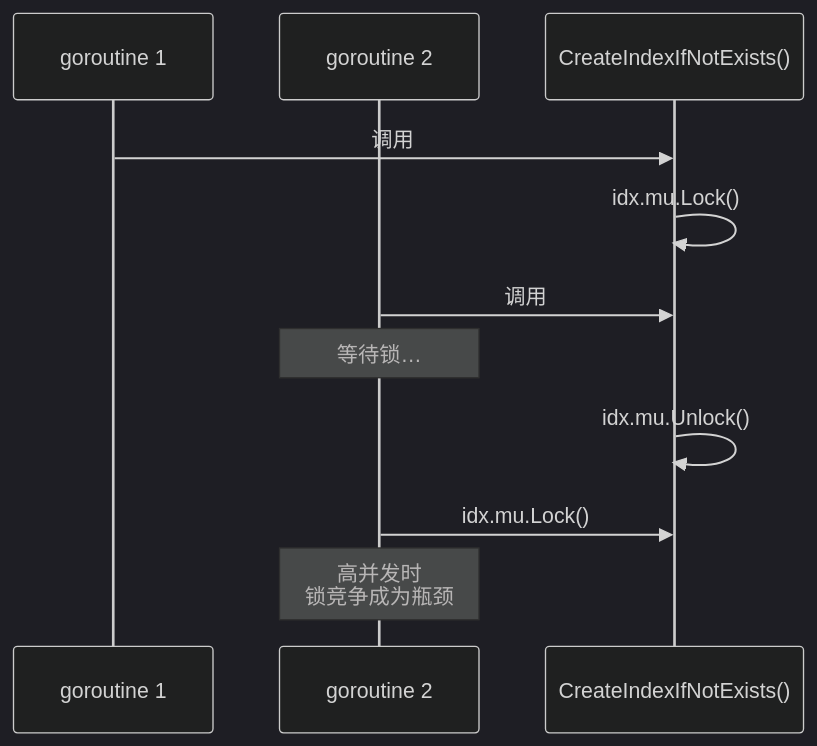
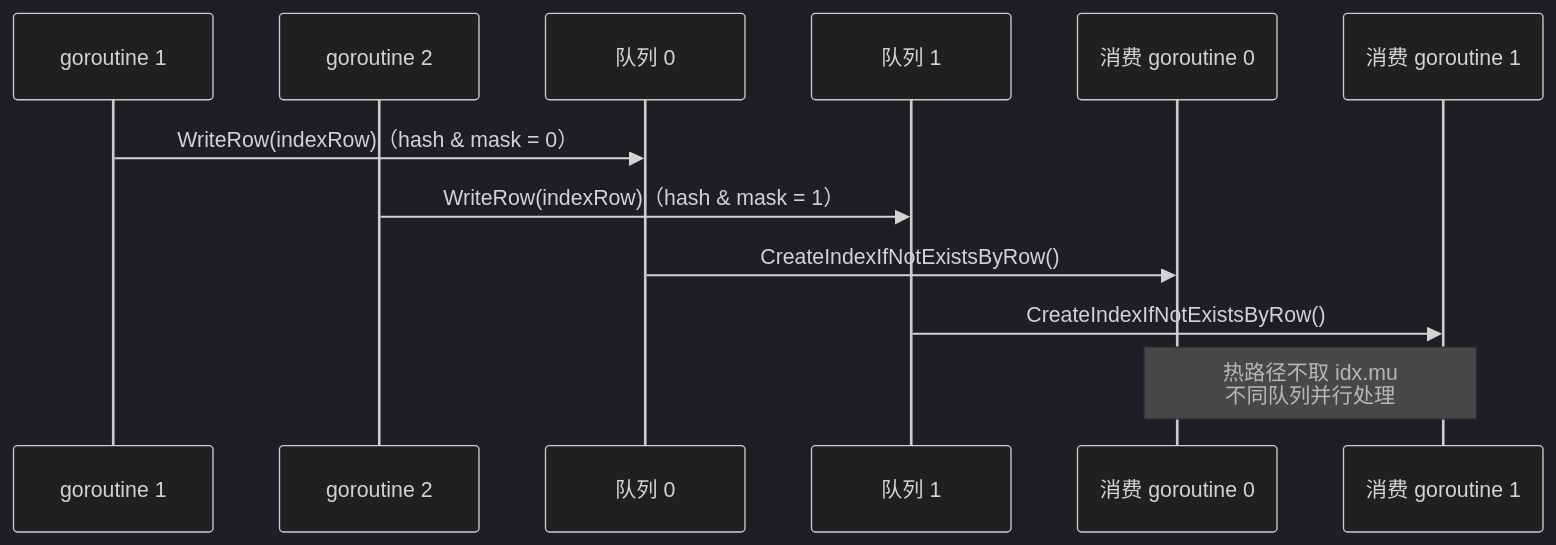
Before and after one commit to stefanv5/openGemini: diagram 36 of 47 in docs/specs/02_index_system_spec.md, drawn with Mermaid (dark theme). The commit also changed other lines of this file and 37 other files, not shown here.

````diff
--- a/docs/specs/02_index_system_spec.md
+++ b/docs/specs/02_index_system_spec.md
@@ -3204,14 +3298,15 @@
 ```mermaid
 sequenceDiagram
     participant G1 as goroutine 1
     participant G2 as goroutine 2
-    participant CIF as CreateIndexIfNotExists()
+    participant Q0 as 队列 0
+    participant Q1 as 队列 1
+    participant W0 as 消费 goroutine 0
+    participant W1 as 消费 goroutine 1
 
-    G1->>CIF: 调用
-    CIF->>CIF: idx.mu.Lock()
-    G2->>CIF: 调用
-    Note over G2: 等待锁…
-    CIF->>CIF: idx.mu.Unlock()
-    G2->>CIF: idx.mu.Lock()
-    Note over G2: 高并发时<br/>锁竞争成为瓶颈
+    G1->>Q0: WriteRow(indexRow)（hash & mask = 0）
+    G2->>Q1: WriteRow(indexRow)（hash & mask = 1）
+    Q0->>W0: CreateIndexIfNotExistsByRow()
+    Q1->>W1: CreateIndexIfNotExistsByRow()
+    Note over W0,W1: 热路径不取 idx.mu<br/>不同队列并行处理
 ```
````
